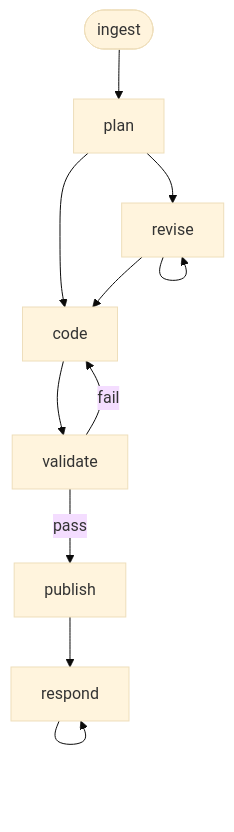
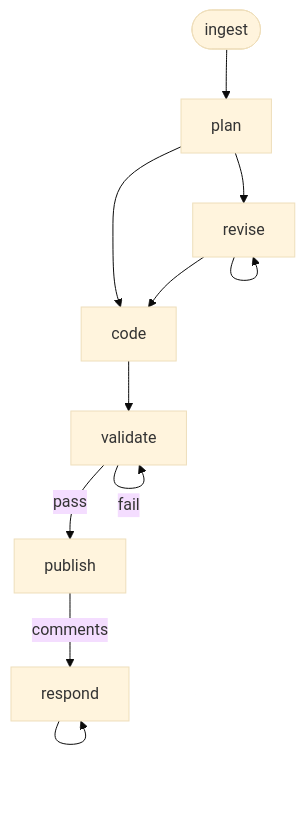
Before and after one commit to flightctl/ai-workflows: the diagram in ui-implement/README.md, drawn with Mermaid (base theme). The commit also changed 2 other files, not shown here.

Commit message:
fix(ui-implement): graph transitions, verdict parsing, and Task 0 gate
- Fix Mermaid graph: validate fail loops to validate, respond requires
  comments (Finding 1)
- Require exact PASS on first non-empty line after ## Result (Finding 5)
- STOP instead of warn when Task 0 yields no test command (Finding 8)

````diff
--- a/ui-implement/README.md
+++ b/ui-implement/README.md
@@ -7,13 +7,13 @@
 ```mermaid
 graph TD
     ingest([ingest]) --> plan
     plan --> revise
     revise --> revise
     plan --> code
     revise --> code
     code --> validate
     validate -->|pass| publish
-    validate -->|fail| code
-    publish --> respond
+    validate -->|fail| validate
+    publish -->|comments| respond
     respond --> respond
 ```
````
